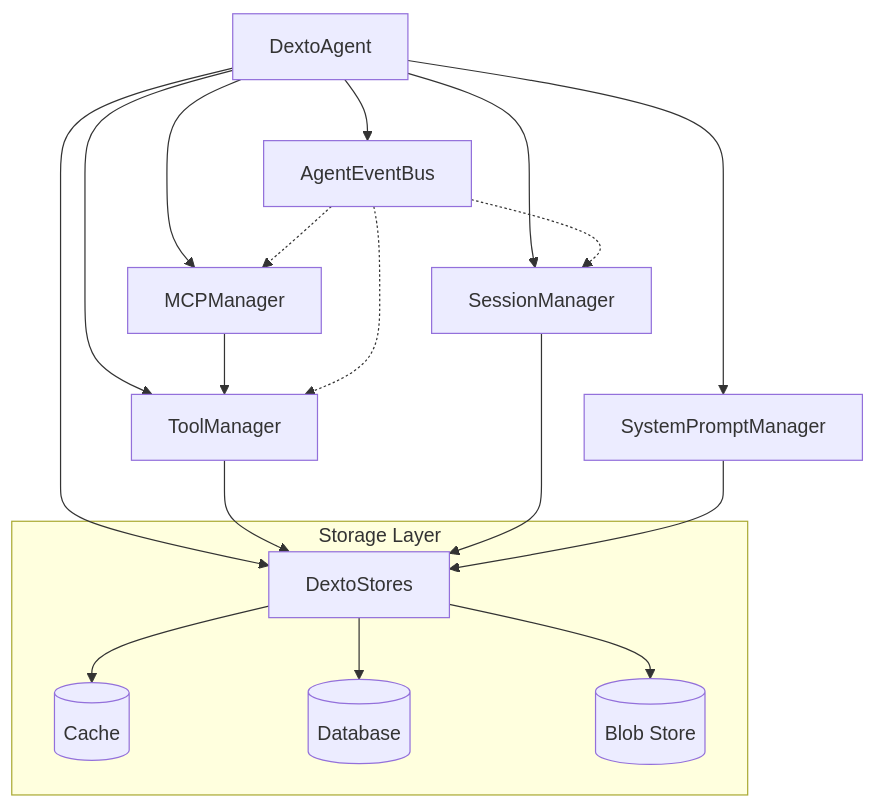
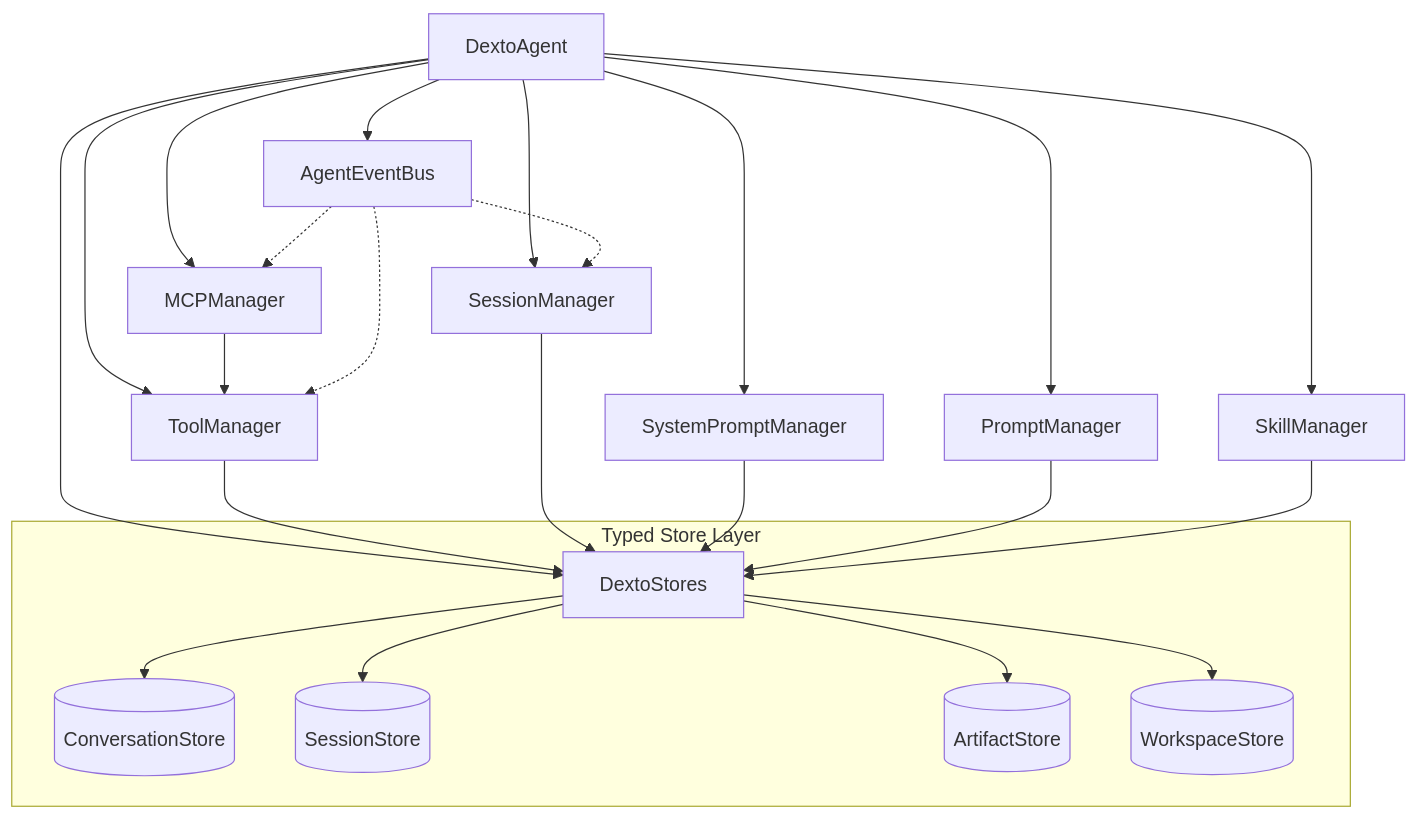
Before and after one commit to truffle-ai/dexto: the diagram in docs/docs/architecture/services.md, drawn with Mermaid. The commit also changed other lines of this file and 18 other files, not shown here.

Commit message:
Update docs for image and skills architecture

````diff
--- a/docs/docs/architecture/services.md
+++ b/docs/docs/architecture/services.md
@@ -22,29 +24,35 @@
 ```mermaid
 graph TB
     DA[DextoAgent] --> SM[SessionManager]
     DA --> MM[MCPManager]
     DA --> TM[ToolManager]
     DA --> SPM[SystemPromptManager]
+    DA --> PM[PromptManager]
+    DA --> SK[SkillManager]
     DA --> DS[DextoStores]
     DA --> AEB[AgentEventBus]
 
     MM --> TM
     TM --> DS
     SM --> DS
     SPM --> DS
+    PM --> DS
+    SK --> DS
+
+    subgraph "Typed Store Layer"
+        DS
+        Conversation[(ConversationStore)]
+        Sessions[(SessionStore)]
+        Artifacts[(ArtifactStore)]
+        Workspaces[(WorkspaceStore)]
+    end
+
+    DS --> Conversation
+    DS --> Sessions
+    DS --> Artifacts
+    DS --> Workspaces
 
     AEB -.-> SM
     AEB -.-> MM
     AEB -.-> TM
-
-    subgraph "Storage Layer"
-        DS
-        Cache[(Cache)]
-        DB[(Database)]
-        Blob[(Blob Store)]
-    end
-
-    DS --> Cache
-    DS --> DB
-    DS --> Blob
 ```
````
